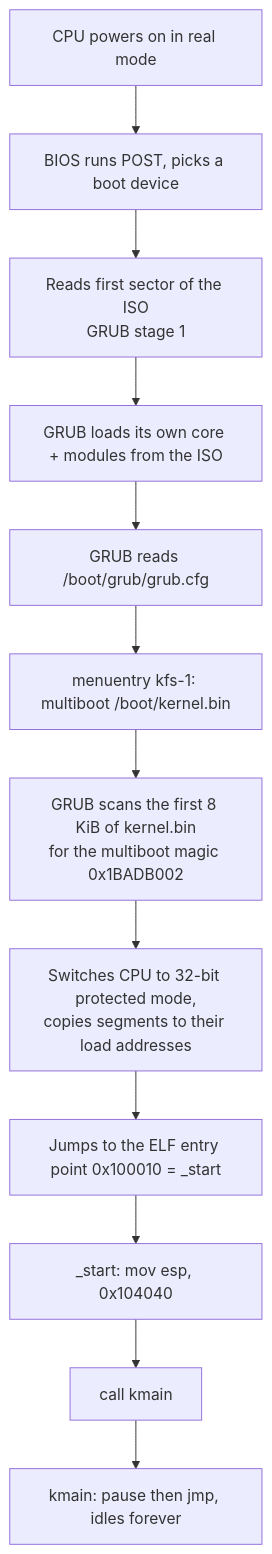
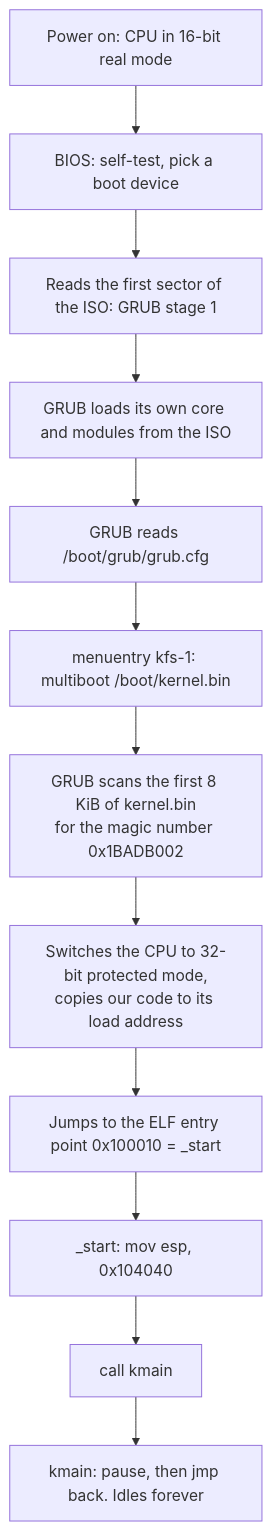
One commit to suiramdev/42-kfs changed the diagram in docs/ARCHITECTURE.md. Above: the diagram before and after it, drawn with Mermaid. The commit also changed other lines of this file and 4 other files, not shown here.

````diff
--- a/docs/ARCHITECTURE.md
+++ b/docs/ARCHITECTURE.md
@@ -36,14 +56,14 @@
 ```mermaid
 graph TD
-    A[CPU powers on in real mode] --> B[BIOS runs POST, picks a boot device]
-    B --> C[Reads first sector of the ISO<br/>GRUB stage 1]
-    C --> D[GRUB loads its own core + modules from the ISO]
+    A[Power on: CPU in 16-bit real mode] --> B[BIOS: self-test, pick a boot device]
+    B --> C[Reads the first sector of the ISO: GRUB stage 1]
+    C --> D[GRUB loads its own core and modules from the ISO]
     D --> E[GRUB reads /boot/grub/grub.cfg]
     E --> F[menuentry kfs-1: multiboot /boot/kernel.bin]
-    F --> G[GRUB scans the first 8 KiB of kernel.bin<br/>for the multiboot magic 0x1BADB002]
-    G --> H[Switches CPU to 32-bit protected mode,<br/>copies segments to their load addresses]
+    F --> G[GRUB scans the first 8 KiB of kernel.bin<br/>for the magic number 0x1BADB002]
+    G --> H[Switches the CPU to 32-bit protected mode,<br/>copies our code to its load address]
     H --> I[Jumps to the ELF entry point 0x100010 = _start]
     I --> J[_start: mov esp, 0x104040]
     J --> K[call kmain]
-    K --> L[kmain: pause then jmp, idles forever]
+    K --> L[kmain: pause, then jmp back. Idles forever]
 ```
````
